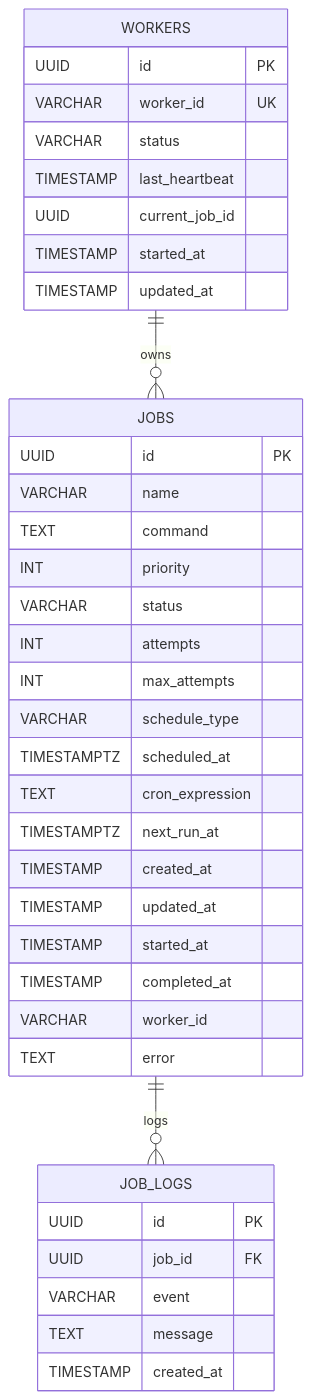
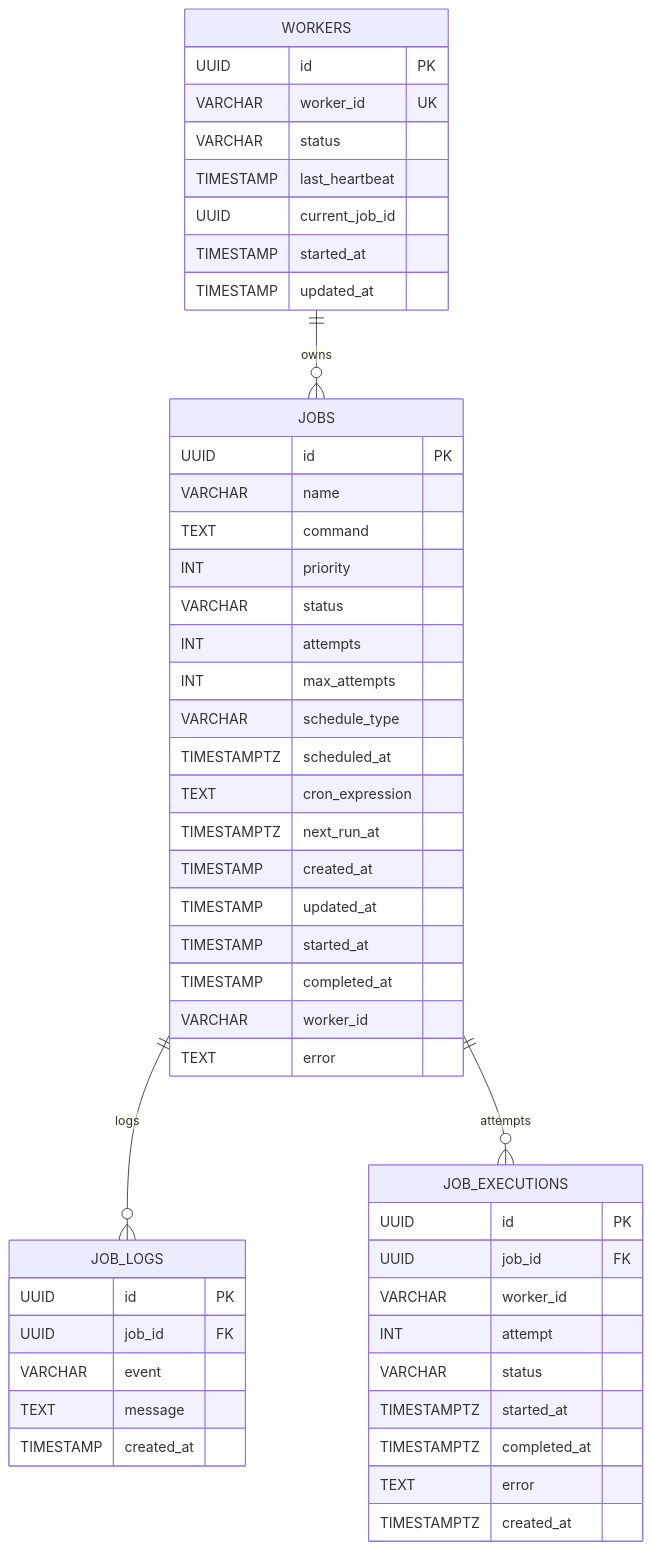
Before and after one commit to kanupriya-sharma19/FLOW: the second of 6 diagrams in README.md, drawn with Mermaid. The commit also changed other lines of this file, not shown here.

````diff
--- a/README.md
+++ b/README.md
@@ -86,43 +88,56 @@
 ```mermaid
 erDiagram
     JOBS ||--o{ JOB_LOGS : logs
+    JOBS ||--o{ JOB_EXECUTIONS : attempts
     WORKERS ||--o{ JOBS : owns
 
     JOBS {
         UUID id PK
         VARCHAR name
         TEXT command
         INT priority
         VARCHAR status
         INT attempts
         INT max_attempts
         VARCHAR schedule_type
         TIMESTAMPTZ scheduled_at
         TEXT cron_expression
         TIMESTAMPTZ next_run_at
         TIMESTAMP created_at
         TIMESTAMP updated_at
         TIMESTAMP started_at
         TIMESTAMP completed_at
         VARCHAR worker_id
         TEXT error
     }
 
     JOB_LOGS {
         UUID id PK
         UUID job_id FK
         VARCHAR event
         TEXT message
         TIMESTAMP created_at
     }
 
     WORKERS {
         UUID id PK
         VARCHAR worker_id UK
         VARCHAR status
         TIMESTAMP last_heartbeat
         UUID current_job_id
         TIMESTAMP started_at
         TIMESTAMP updated_at
     }
+
+    JOB_EXECUTIONS {
+        UUID id PK
+        UUID job_id FK
+        VARCHAR worker_id
+        INT attempt
+        VARCHAR status
+        TIMESTAMPTZ started_at
+        TIMESTAMPTZ completed_at
+        TEXT error
+        TIMESTAMPTZ created_at
+    }
 ```
````
